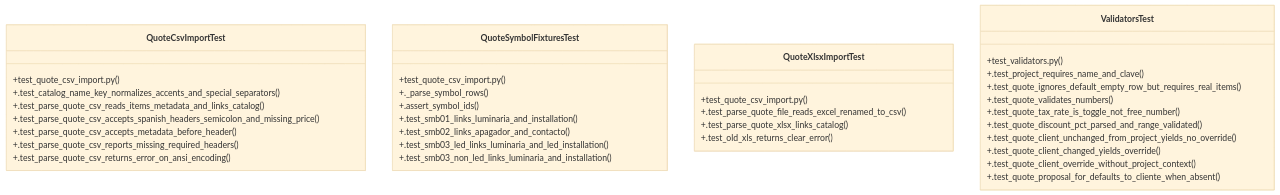
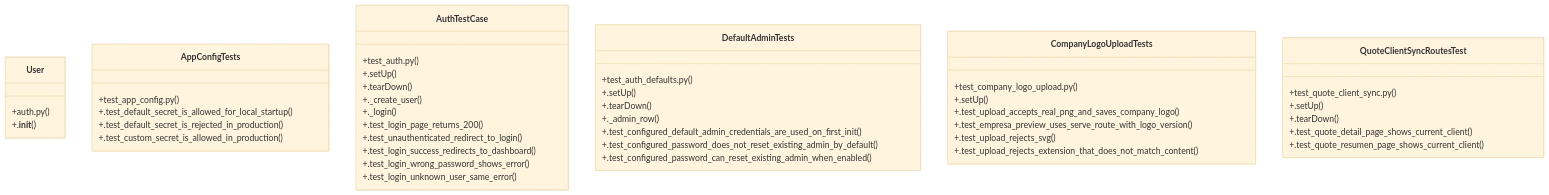
The diagram in graphify-out/wiki/Community_2.md (Daftrick/ProjectTracker), drawn with Mermaid (base theme) before and after one commit. The commit also changed other lines of this file and 419 other files, not shown here.

````diff
--- a/graphify-out/wiki/Community_2.md
+++ b/graphify-out/wiki/Community_2.md
@@ -36,39 +36,49 @@
 ```mermaid
 classDiagram
-    class QuoteCsvImportTest {
-        +test_quote_csv_import.py()
-        +.test_catalog_name_key_normalizes_accents_and_special_separators()
-        +.test_parse_quote_csv_reads_items_metadata_and_links_catalog()
-        +.test_parse_quote_csv_accepts_spanish_headers_semicolon_and_missing_price()
-        +.test_parse_quote_csv_accepts_metadata_before_header()
-        +.test_parse_quote_csv_reports_missing_required_headers()
-        +.test_parse_quote_csv_returns_error_on_ansi_encoding()
+    class User {
+        +auth.py()
+        +.__init__()
     }
-    class QuoteSymbolFixturesTest {
-        +test_quote_csv_import.py()
-        +._parse_symbol_rows()
-        +.assert_symbol_ids()
-        +.test_smb01_links_luminaria_and_installation()
-        +.test_smb02_links_apagador_and_contacto()
-        +.test_smb03_led_links_luminaria_and_led_installation()
-        +.test_smb03_non_led_links_luminaria_and_installation()
+    class AppConfigTests {
+        +test_app_config.py()
+        +.test_default_secret_is_allowed_for_local_startup()
+        +.test_default_secret_is_rejected_in_production()
+        +.test_custom_secret_is_allowed_in_production()
     }
-    class QuoteXlsxImportTest {
-        +test_quote_csv_import.py()
-        +.test_parse_quote_file_reads_excel_renamed_to_csv()
-        +.test_parse_quote_xlsx_links_catalog()
-        +.test_old_xls_returns_clear_error()
+    class AuthTestCase {
+        +test_auth.py()
+        +.setUp()
+        +.tearDown()
+        +._create_user()
+        +._login()
+        +.test_login_page_returns_200()
+        +.test_unauthenticated_redirect_to_login()
+        +.test_login_success_redirects_to_dashboard()
+        +.test_login_wrong_password_shows_error()
+        +.test_login_unknown_user_same_error()
     }
-    class ValidatorsTest {
-        +test_validators.py()
-        +.test_project_requires_name_and_clave()
-        +.test_quote_ignores_default_empty_row_but_requires_real_items()
-        +.test_quote_validates_numbers()
-        +.test_quote_tax_rate_is_toggle_not_free_number()
-        +.test_quote_discount_pct_parsed_and_range_validated()
-        +.test_quote_client_unchanged_from_project_yields_no_override()
-        +.test_quote_client_changed_yields_override()
-        +.test_quote_client_override_without_project_context()
-        +.test_quote_proposal_for_defaults_to_cliente_when_absent()
+    class DefaultAdminTests {
+        +test_auth_defaults.py()
+        +.setUp()
+        +.tearDown()
+        +._admin_row()
+        +.test_configured_default_admin_credentials_are_used_on_first_init()
+        +.test_configured_password_does_not_reset_existing_admin_by_default()
+        +.test_configured_password_can_reset_existing_admin_when_enabled()
+    }
+    class CompanyLogoUploadTests {
+        +test_company_logo_upload.py()
+        +.setUp()
+        +.test_upload_accepts_real_png_and_saves_company_logo()
+        +.test_empresa_preview_uses_serve_route_with_logo_version()
+        +.test_upload_rejects_svg()
+        +.test_upload_rejects_extension_that_does_not_match_content()
+    }
+    class QuoteClientSyncRoutesTest {
+        +test_quote_client_sync.py()
+        +.setUp()
+        +.tearDown()
+        +.test_quote_detail_page_shows_current_client()
+        +.test_quote_resumen_page_shows_current_client()
     }
 ```
````
